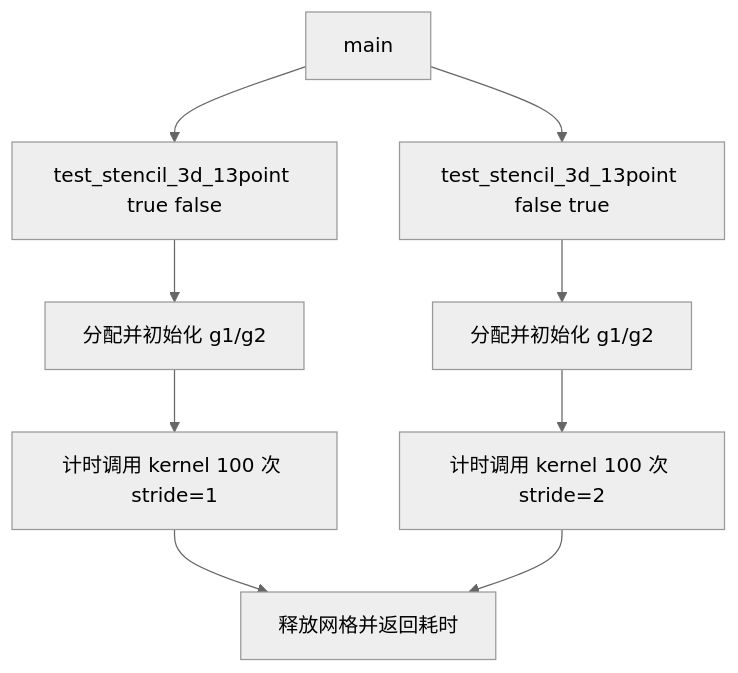
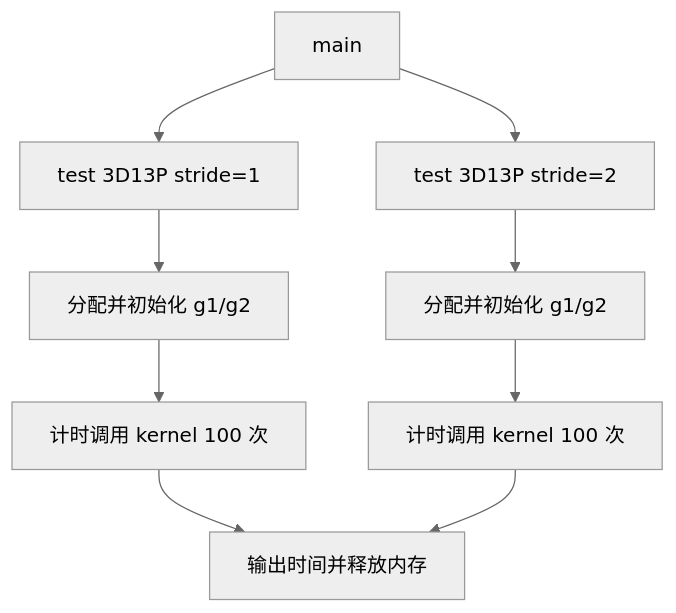
One commit to AlpaCac/SME1 changed the diagram in example/README.md. Above: the diagram before and after it, drawn with Mermaid (neutral theme). The commit also changed other lines of this file and 1 other file, not shown here.

Commit message:
Fix example stencil and sync walkthrough

````diff
--- a/example/README.md
+++ b/example/README.md
@@ -8,11 +13,11 @@
 ```mermaid
 flowchart TD
-    A[main] --> B[test_stencil_3d_13point true false]
-    A --> C[test_stencil_3d_13point false true]
+    A[main] --> B[test 3D13P stride=1]
+    A --> C[test 3D13P stride=2]
     B --> D[分配并初始化 g1/g2]
     C --> E[分配并初始化 g1/g2]
-    D --> F[计时调用 kernel 100 次 stride=1]
-    E --> G[计时调用 kernel 100 次 stride=2]
-    F --> H[释放网格并返回耗时]
+    D --> F[计时调用 kernel 100 次]
+    E --> G[计时调用 kernel 100 次]
+    F --> H[输出时间并释放内存]
     G --> H
 ```
````
